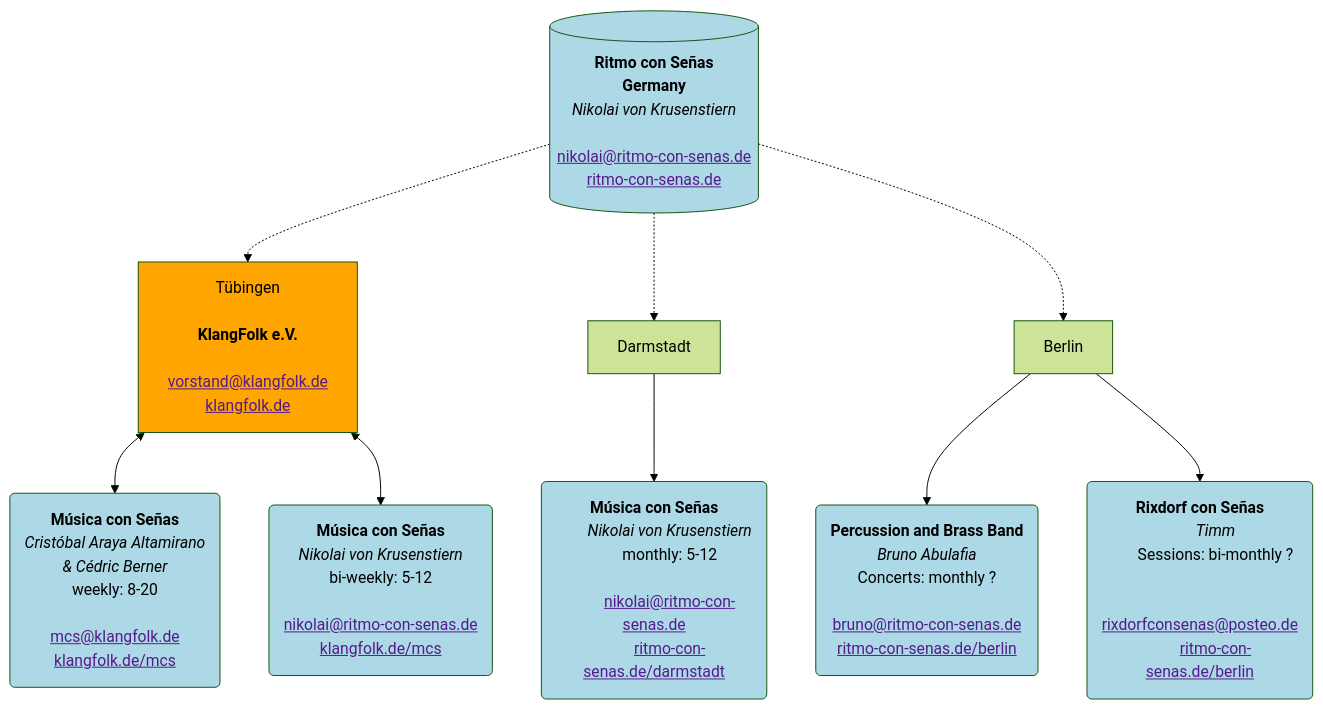
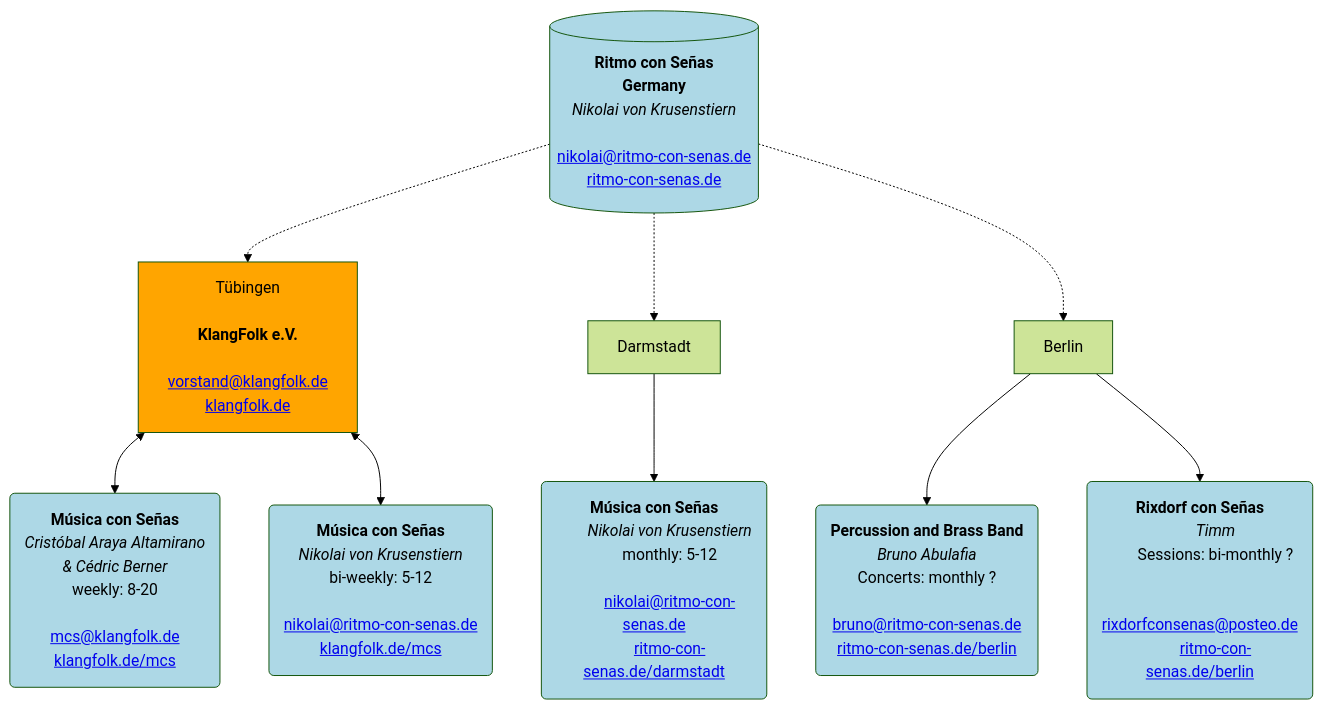
One commit to Ritmo-con-Senas/orgcharts changed the first of 2 diagrams in README.md. Above: the diagram before and after it, drawn with Mermaid.

````diff
--- a/README.md
+++ b/README.md
@@ -4,71 +4,72 @@
 ```mermaid
 %%{init: {'theme':'forest'}}%%
 flowchart TD
     rcs[(<b>Ritmo con Señas<br>Germany</b>
     <i>Nikolai von Krusenstiern</i><br>
-    <a href>nikolai@ritmo-con-senas.de</a>
-    <a href>ritmo-con-senas.de</a>)]
+    <a href="mailto:nikolai@ritmo-con-senas.de">nikolai@ritmo-con-senas.de</a>
+    <a href="https://ritmo-con-senas.de" target="_blank">ritmo-con-senas.de</a>)]
 
     TUE[Tübingen<br>
     <b>KlangFolk e.V.</b><br>
-    <a href>vorstand@klangfolk.de</a>
-    <a href>klangfolk.de</a>]
+    <a href="mailto:vorstand@klangfolk.de target="_blank"">vorstand@klangfolk.de</a>
+    <a href="https://klangfolk.de" target="_blank">klangfolk.de</a>]
 
     DA[Darmstadt]
     
     B[Berlin]
 
     rcs -.-> TUE
     rcs -.-> DA
     rcs -.-> B
 
     TUE_MCS(<b>Música con Señas</b>
         <i>Cristóbal Araya Altamirano
         & Cédric Berner</i>
         weekly: 8-20<br>
-        <a href>mcs@klangfolk.de</a>
-        <a href>klangfolk.de/mcs</a>)
+        <a href="mailto:mcs@klangfolk.de" target="_blank">mcs@klangfolk.de</a>
+        <a href="https://klangfolk.de/mcs" target="_blank">klangfolk.de/mcs</a>)
 
     TUE_MCS_2(<b>Música con Señas</b>
         <i>Nikolai von Krusenstiern</i>
         bi-weekly: 5-12<br>
-        <a href>nikolai@ritmo-con-senas.de</a>
-        <a href>klangfolk.de/mcs</a>)
+        <a href="mailto:nikolai@ritmo-con-senas.de" target="_blank">nikolai@ritmo-con-senas.de</a>
+        <a href="https://klangfolk.de/mcs" target="_blank">klangfolk.de/mcs</a>)
     
     TUE <--> TUE_MCS
     TUE <--> TUE_MCS_2
 
     DA_MCS(<b>Música con Señas</b>
         <i>Nikolai von Krusenstiern</i>
         monthly: 5-12<br>
-        <a href>nikolai@ritmo-con-senas.de</a>
-        <a href>ritmo-con-senas.de/darmstadt</a>)
+        <a href="mailto:nikolai@ritmo-con-senas.de" target="_blank">nikolai@ritmo-con-senas.de</a>
+        <a href="https://ritmo-con-senas.de/darmstadt" target="_blank">ritmo-con-senas.de/darmstadt</a>)
 
     DA --> DA_MCS
 
     B_P(<b>Percussion and Brass Band</b>
         <i>Bruno Abulafia</i>
         Concerts: monthly ?<br>
-        <a href>bruno@ritmo-con-senas.de</a>
-        <a href>ritmo-con-senas.de/berlin</a>)
+        <a href="mailto:bruno@ritmo-con-senas.de" target="_blank">bruno@ritmo-con-senas.de</a>
+        <a href="https://ritmo-con-senas.de/berlin" target="_blank">ritmo-con-senas.de/berlin</a>)
 
     B_R(<b>Rixdorf con Señas</b>
         <i>Timm</i>
         Sessions: bi-monthly ?<br>
-        <a href>rixdorfconsenas@posteo.de</a>
-        <a href>ritmo-con-senas.de/berlin</a>)
+        <a href="mailto:rixdorfconsenas@posteo.de" target="_blank">rixdorfconsenas@posteo.de</a>
+        <a href="https://ritmo-con-senas.de/berlin" target="_blank">ritmo-con-senas.de/berlin</a>)
     B --> B_P
     B --> B_R
 
 %%    linkStyle 11 stroke-width:4px,stroke:blue
 
     classDef BLUE fill:lightblue
     classDef YEL fill:yellow
     classDef BLU fill:skyblue
     classDef ORA fill:orange
 
     class rcs,TUE_MCS,TUE_MCS_2,DA_MCS,B_P,B_R BLUE
     class x BLU
     class x YEL
     class TUE ORA
+
 ```
````
